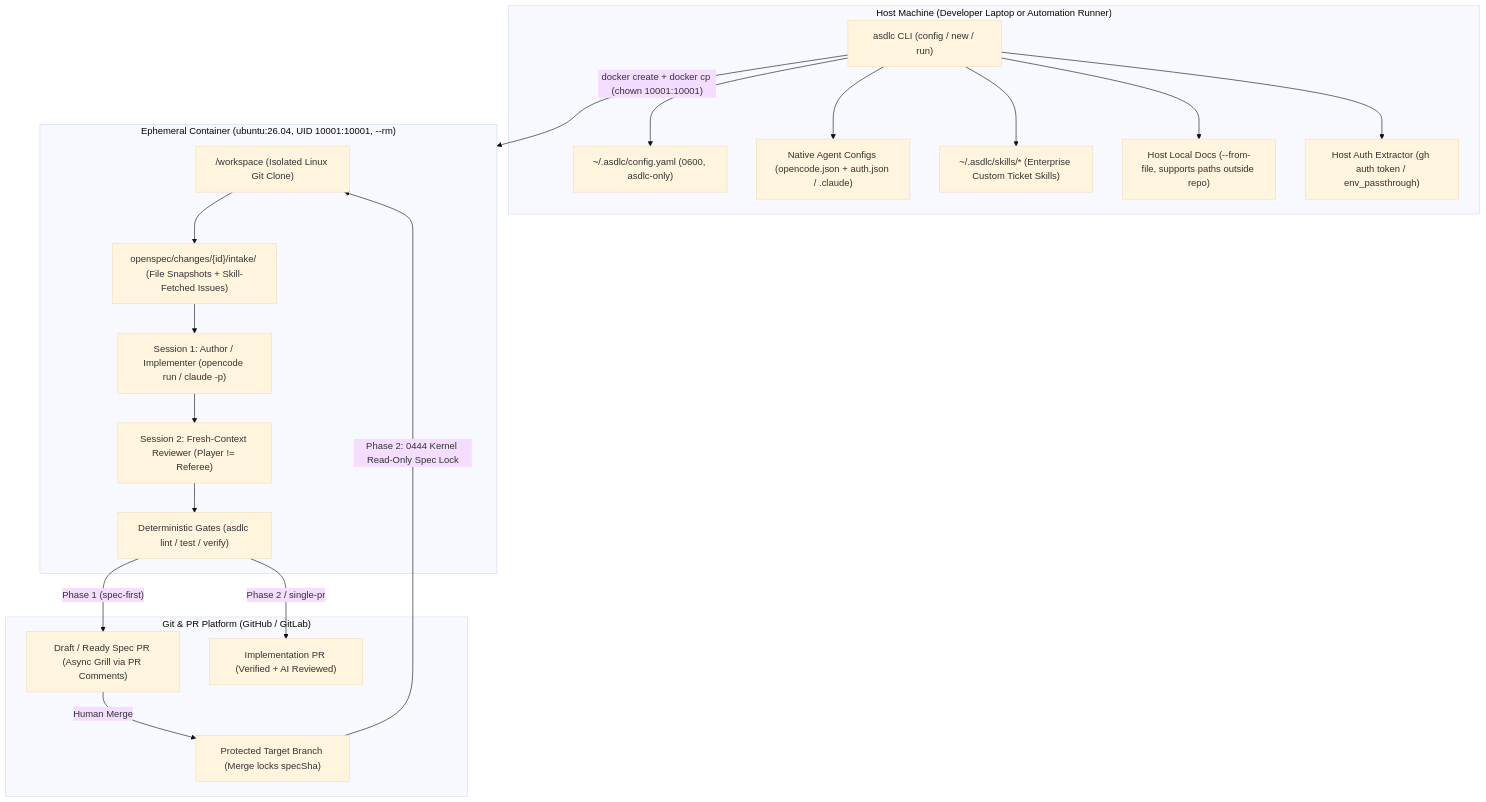
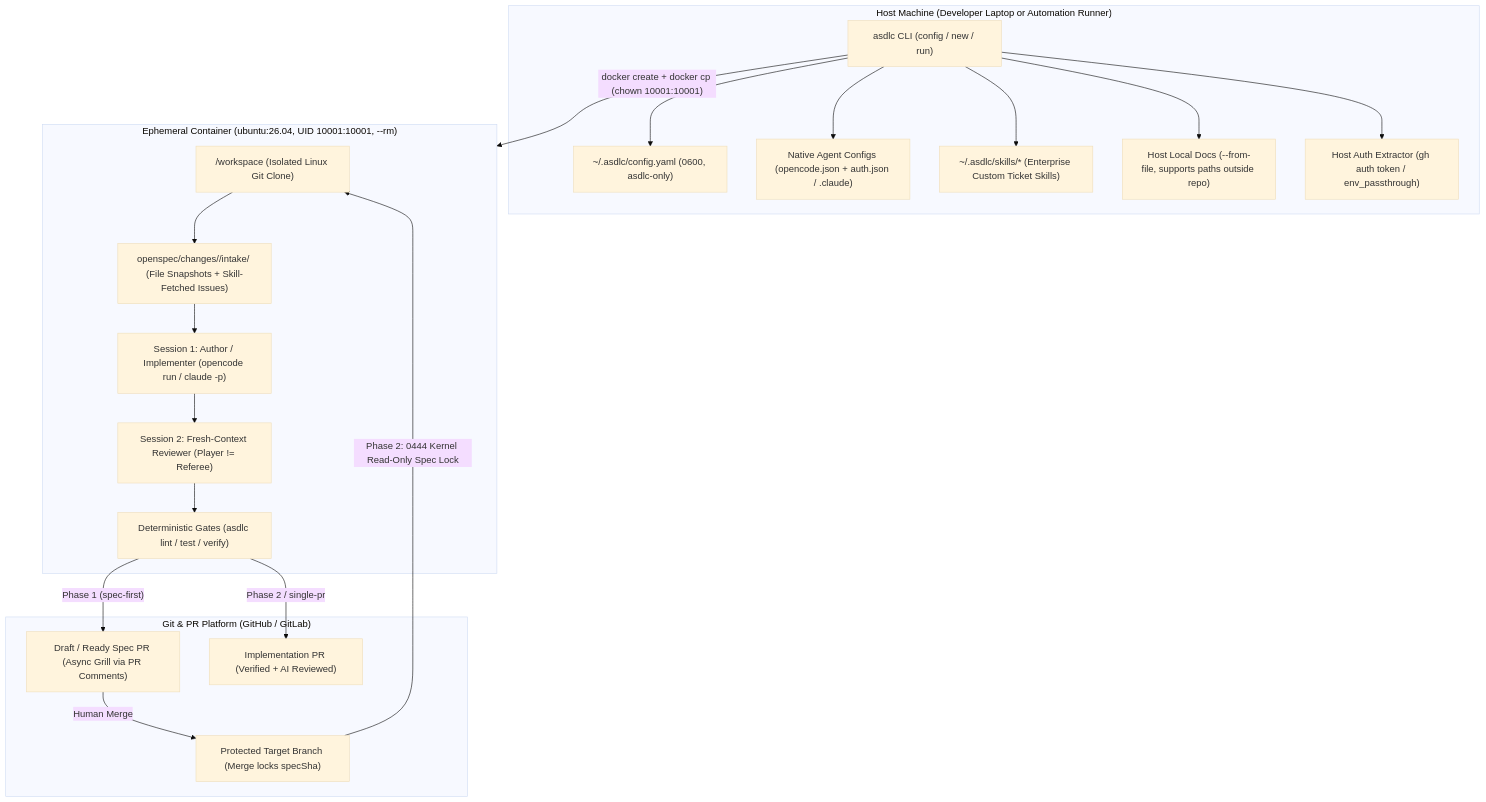
The first of 2 diagrams in docs/autonomous-pipeline.md (akjamie/agentic-sdlc), drawn with Mermaid (base theme) before and after one commit. The commit also changed other lines of this file, not shown here.

````diff
--- a/docs/autonomous-pipeline.md
+++ b/docs/autonomous-pipeline.md
@@ -52,40 +52,40 @@
 ```mermaid
 flowchart TD
   subgraph Host["Host Machine (Developer Laptop or Automation Runner)"]
     CLI["asdlc CLI (config / new / run)"]
     GCFG["~/.asdlc/config.yaml (0600, asdlc-only)"]
     ACFG["Native Agent Configs (opencode.json + auth.json / .claude)"]
     CSKILL["~/.asdlc/skills/* (Enterprise Custom Ticket Skills)"]
     HFILES["Host Local Docs (--from-file, supports paths outside repo)"]
     GHTOKEN["Host Auth Extractor (gh auth token / env_passthrough)"]
   end
 
   subgraph Container["Ephemeral Container (ubuntu:26.04, UID 10001:10001, --rm)"]
     WS["/workspace (Isolated Linux Git Clone)"]
-    INTAKE["openspec/changes/{id}/intake/ (File Snapshots + Skill-Fetched Issues)"]
+    INTAKE["openspec/changes/<id>/intake/ (File Snapshots + Skill-Fetched Issues)"]
     S1["Session 1: Author / Implementer (opencode run / claude -p)"]
     S2["Session 2: Fresh-Context Reviewer (Player != Referee)"]
     GATES["Deterministic Gates (asdlc lint / test / verify)"]
   end
 
   subgraph Remote["Git & PR Platform (GitHub / GitLab)"]
     PR1["Draft / Ready Spec PR (Async Grill via PR Comments)"]
     MAIN["Protected Target Branch (Merge locks specSha)"]
     PR2["Implementation PR (Verified + AI Reviewed)"]
   end
 
   CLI --> GCFG
   CLI --> ACFG
   CLI --> CSKILL
   CLI --> HFILES
   CLI --> GHTOKEN
   CLI -- "docker create + docker cp (chown 10001:10001)" --> Container
   WS --> INTAKE
   INTAKE --> S1
   S1 --> S2
   S2 --> GATES
   GATES -- "Phase 1 (spec-first)" --> PR1
   PR1 -- "Human Merge" --> MAIN
   MAIN -- "Phase 2: 0444 Kernel Read-Only Spec Lock" --> WS
   GATES -- "Phase 2 / single-pr" --> PR2
 ```
````
